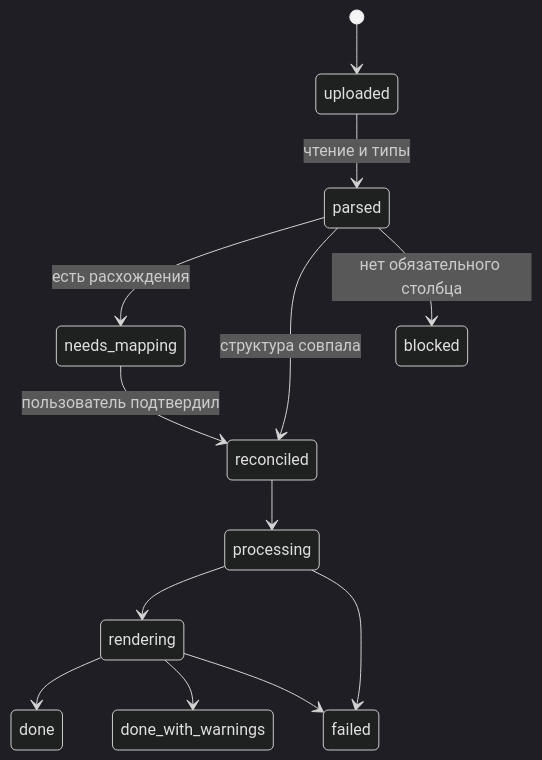
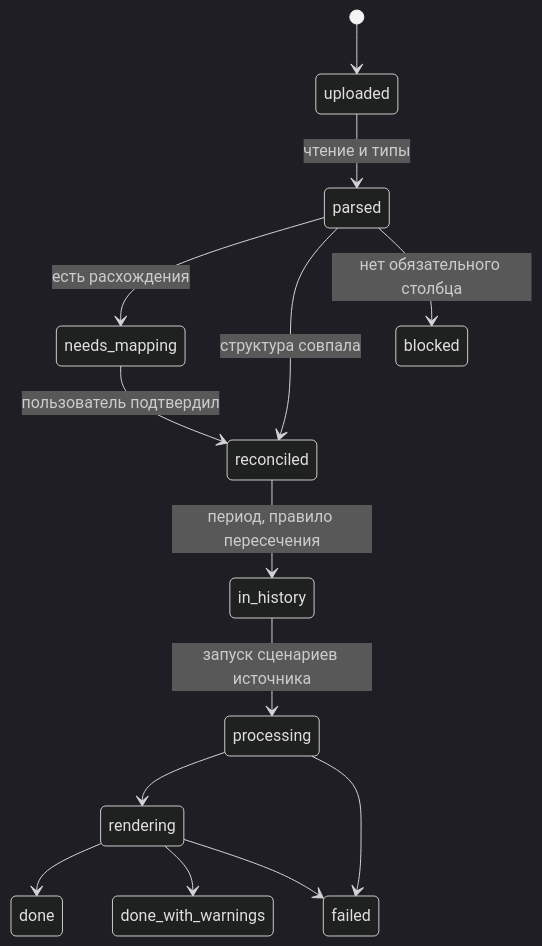
The second of 3 diagrams in ARCHITECTURE.md (PrimalSt/Auto_clode), drawn with Mermaid (dark theme) before and after one commit. The commit also changed other lines of this file and 1 other file, not shown here.

First line of the commit message:
Add code-level extensibility and upload history to the design docs

````diff
--- a/ARCHITECTURE.md
+++ b/ARCHITECTURE.md
@@ -175,15 +276,16 @@
 ```mermaid
 stateDiagram-v2
   [*] --> uploaded
   uploaded --> parsed: чтение и типы
   parsed --> needs_mapping: есть расхождения
   needs_mapping --> reconciled: пользователь подтвердил
   parsed --> reconciled: структура совпала
   parsed --> blocked: нет обязательного столбца
-  reconciled --> processing
+  reconciled --> in_history: период, правило пересечения
+  in_history --> processing: запуск сценариев источника
   processing --> rendering
   rendering --> done
   rendering --> done_with_warnings
   processing --> failed
   rendering --> failed
 ```
````
